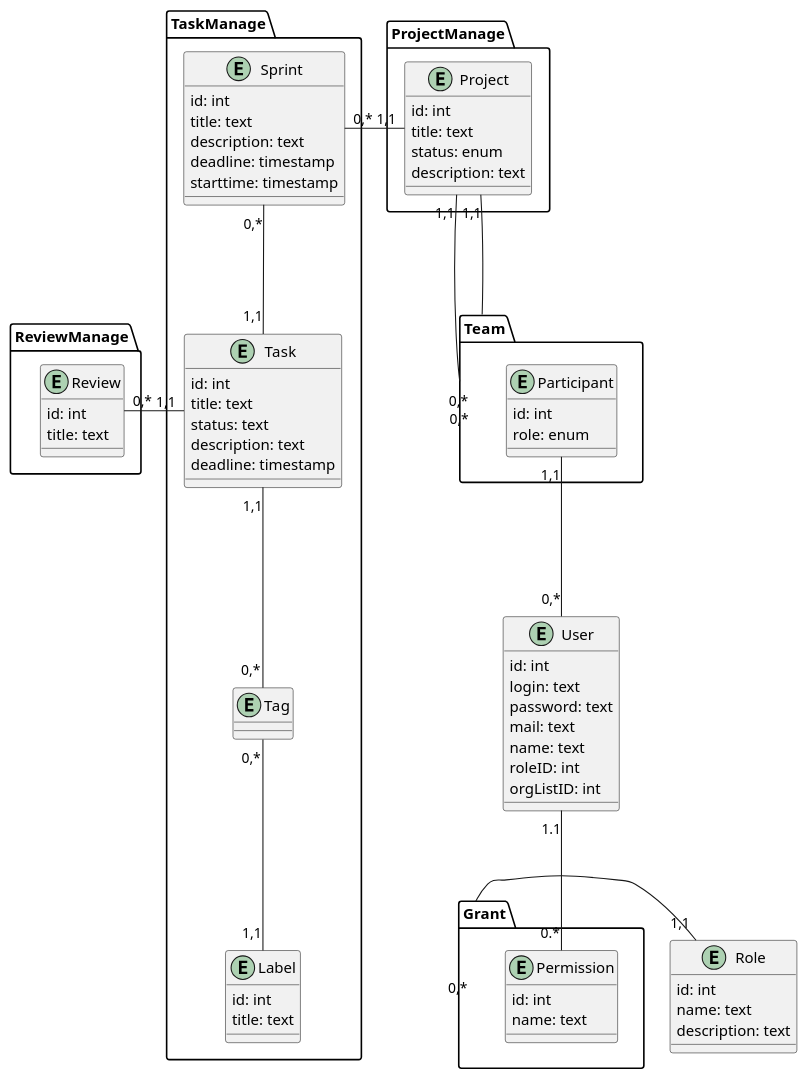
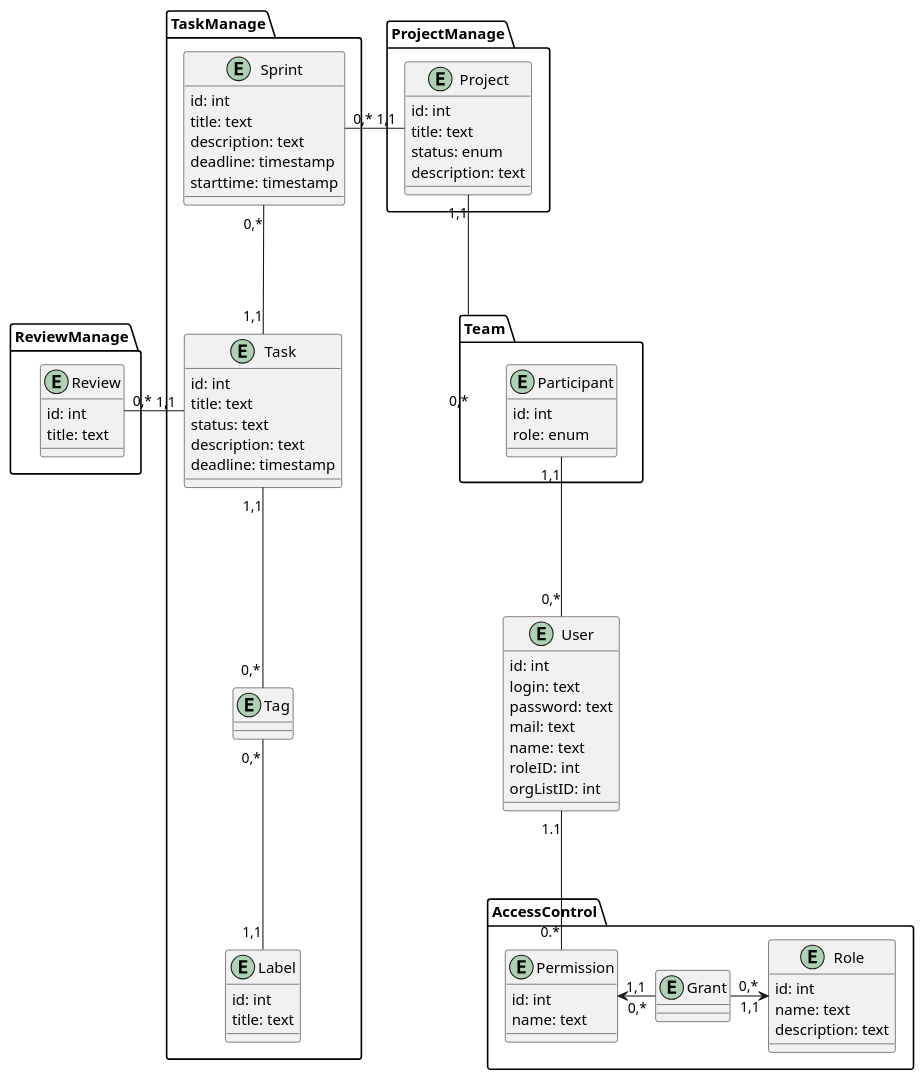
Before and after one commit to yanakozak170/pupsiki-bd-yana: the second of 2 diagrams in docs/design/README.md, drawn with PlantUML.

Commit message:
design\README Grant, Role, User, Participant, Permission

```diff
--- a/docs/design/README.md
+++ b/docs/design/README.md
@@ -156,17 +156,19 @@
     roleID: int
     orgListID: int
 }
+package AccessControl {
+    entity Role {
+        id: int
+        name: text
+        description: text
+    }
 
-entity Role {
-    id: int
-    name: text
-    description: text
-}
-
-package Grant {
     entity Permission {
         id: int
         name: text
+    }
+
+    entity Grant {  
     }
 }
 
@@ -178,9 +180,9 @@
 Sprint "0,*" -l-- "1,1" Project
 Project "1,1" -d-- "0,*" Team
 
-Team "0,*" -u-- "1,1" Project
-Grant "0,*" -r-- "1,1" Role
 User "1.1" -d-- "0.*" Permission
 User "0,*" -u-- "1,1" Participant 
+Grant "0,*" -r-> "1,1" Role
+Grant "0,*" -l-> "1,1" Permission
 
 @enduml
```
